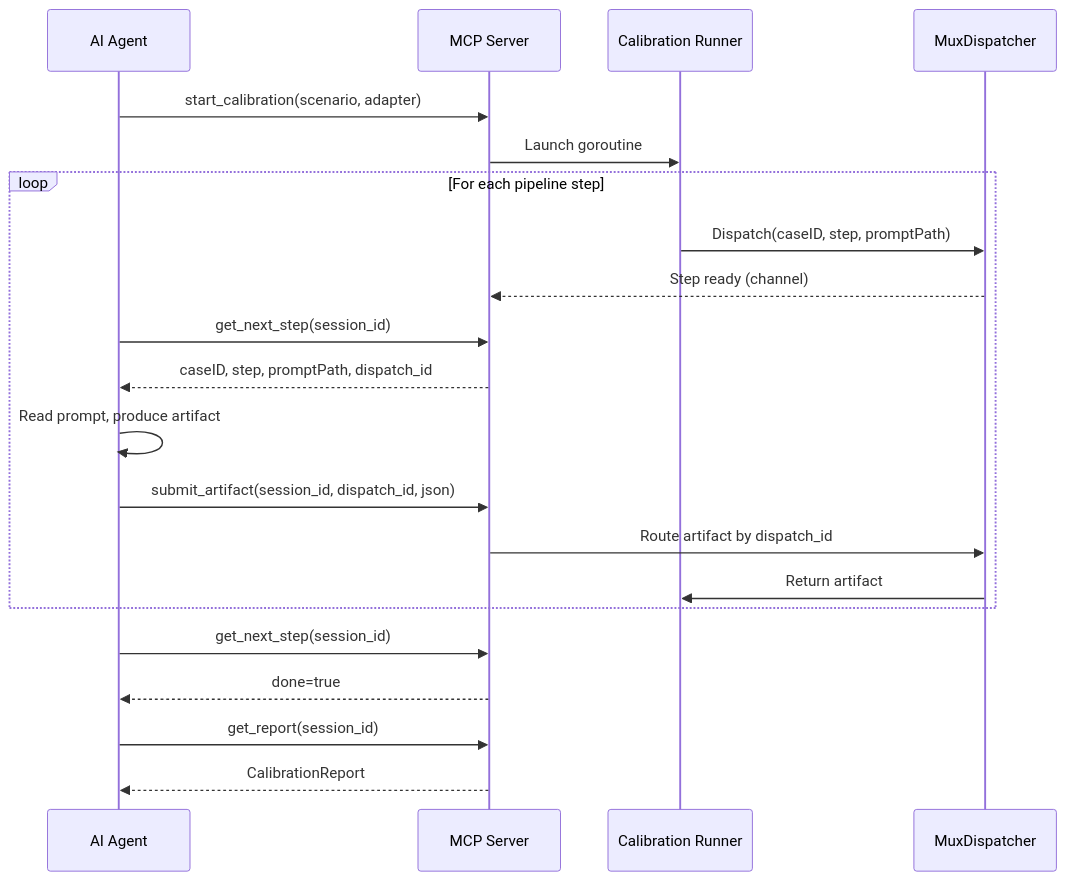
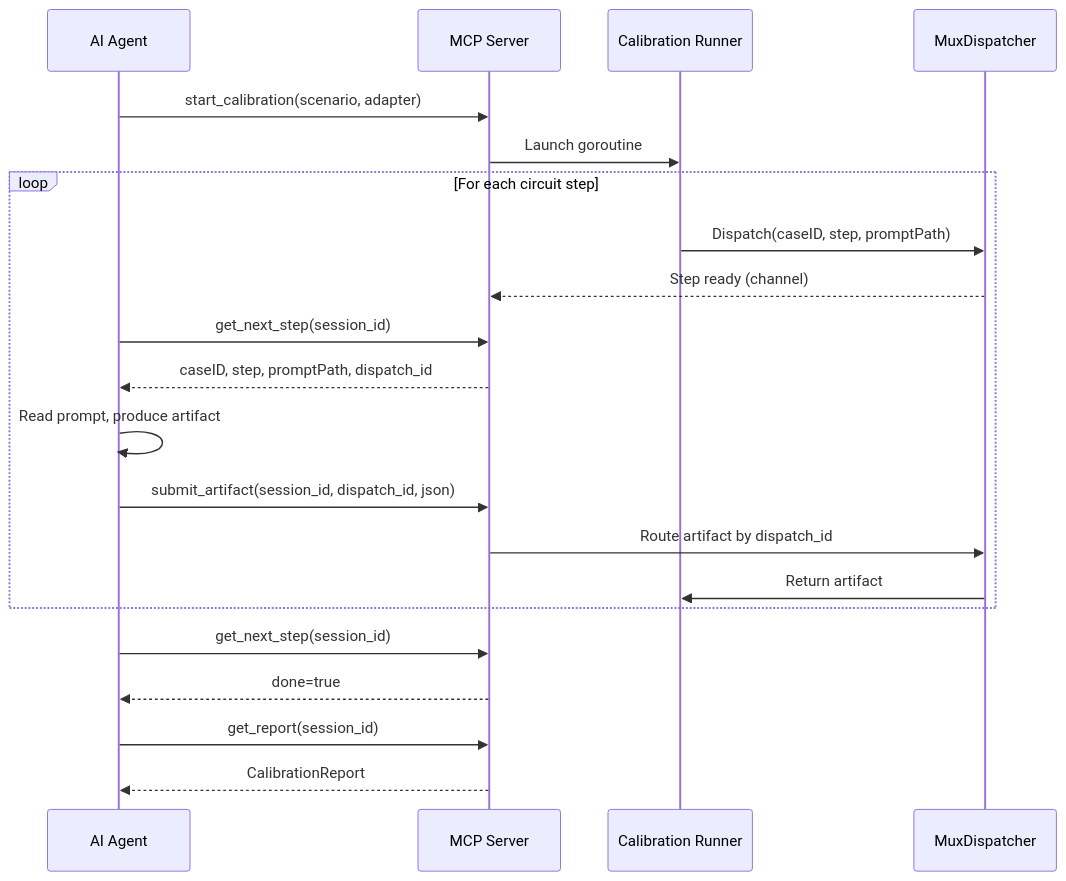
Before and after one commit to dpopsuev/asterisk: the fourth of 4 diagrams in .cursor/docs/architecture.md, drawn with Mermaid. The commit also changed other lines of this file and 184 other files, not shown here.

First line of the commit message:
refactor: pipeline→circuit rename + rca-pure-dsl Phase 3-4 advance

````diff
--- a/.cursor/docs/architecture.md
+++ b/.cursor/docs/architecture.md
@@ -123,24 +123,24 @@
 ```mermaid
 sequenceDiagram
     participant Agent as AI Agent
     participant MCP as MCP Server
     participant Runner as Calibration Runner
     participant Disp as MuxDispatcher
 
     Agent->>MCP: start_calibration(scenario, adapter)
     MCP->>Runner: Launch goroutine
-    loop For each pipeline step
+    loop For each circuit step
         Runner->>Disp: Dispatch(caseID, step, promptPath)
         Disp-->>MCP: Step ready (channel)
         Agent->>MCP: get_next_step(session_id)
         MCP-->>Agent: caseID, step, promptPath, dispatch_id
         Agent->>Agent: Read prompt, produce artifact
         Agent->>MCP: submit_artifact(session_id, dispatch_id, json)
         MCP->>Disp: Route artifact by dispatch_id
         Disp->>Runner: Return artifact
     end
     Agent->>MCP: get_next_step(session_id)
     MCP-->>Agent: done=true
     Agent->>MCP: get_report(session_id)
     MCP-->>Agent: CalibrationReport
 ```
````
